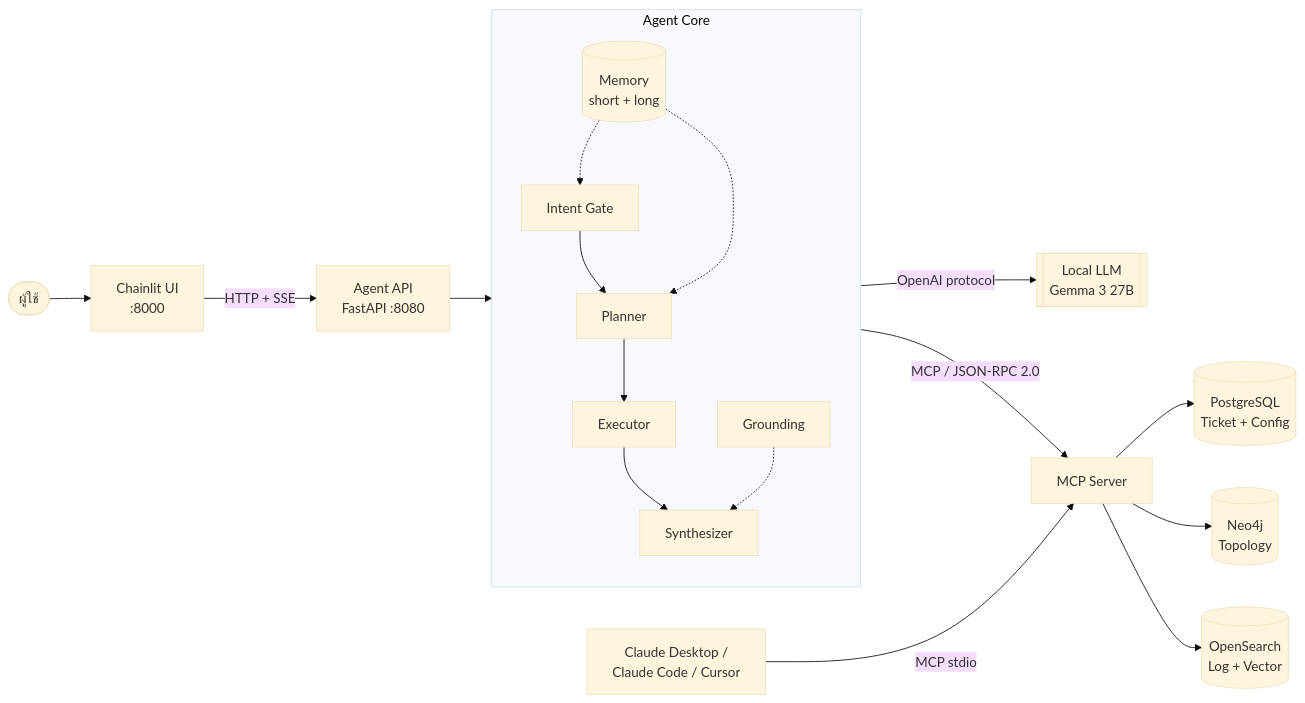
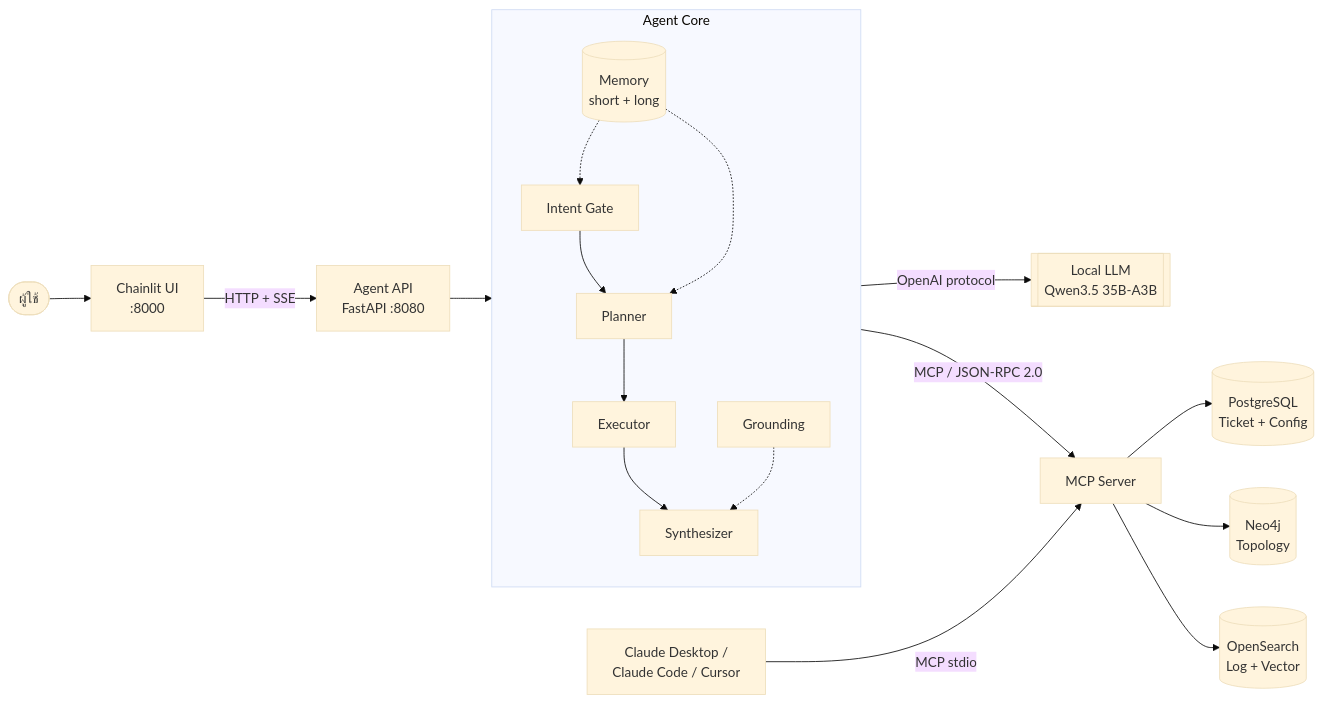
Before and after one commit to LLM-CE-KMITL/mcp-workshop: the first of 3 diagrams in README2.md, drawn with Mermaid (base theme). The commit also changed other lines of this file and 43 other files, not shown here.

````diff
--- a/README2.md
+++ b/README2.md
@@ -50,25 +50,25 @@
 ```mermaid
 flowchart LR
     U([ผู้ใช้]) --> UI[Chainlit UI<br/>:8000]
     UI -->|HTTP + SSE| API[Agent API<br/>FastAPI :8080]
 
     subgraph AGENT["Agent Core"]
         direction TB
         I[Intent Gate] --> P[Planner]
         P --> E[Executor]
         E --> S[Synthesizer]
         M[(Memory<br/>short + long)] -.-> I
         M -.-> P
         G[Grounding] -.-> S
     end
 
     API --> AGENT
-    AGENT -->|OpenAI protocol| LLM[[Local LLM<br/>Gemma 3 27B]]
+    AGENT -->|OpenAI protocol| LLM[[Local LLM<br/>Qwen3.5 35B-A3B]]
     AGENT -->|MCP / JSON-RPC 2.0| MCP[MCP Server]
 
     MCP --> PG[(PostgreSQL<br/>Ticket + Config)]
     MCP --> NEO[(Neo4j<br/>Topology)]
     MCP --> OS[(OpenSearch<br/>Log + Vector)]
 
     CD[Claude Desktop /<br/>Claude Code / Cursor] -->|MCP stdio| MCP
 ```
````
